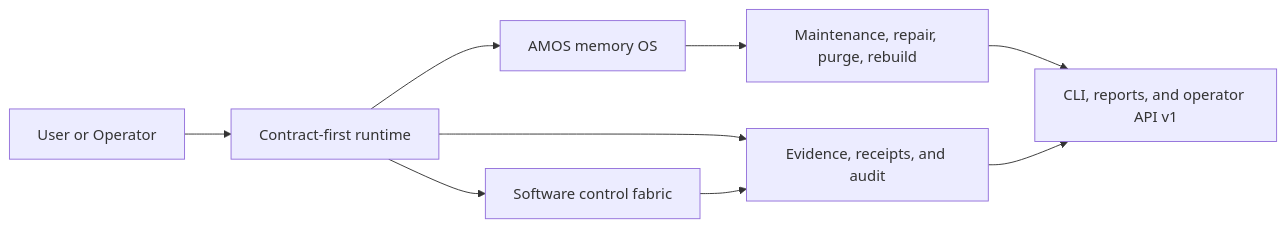
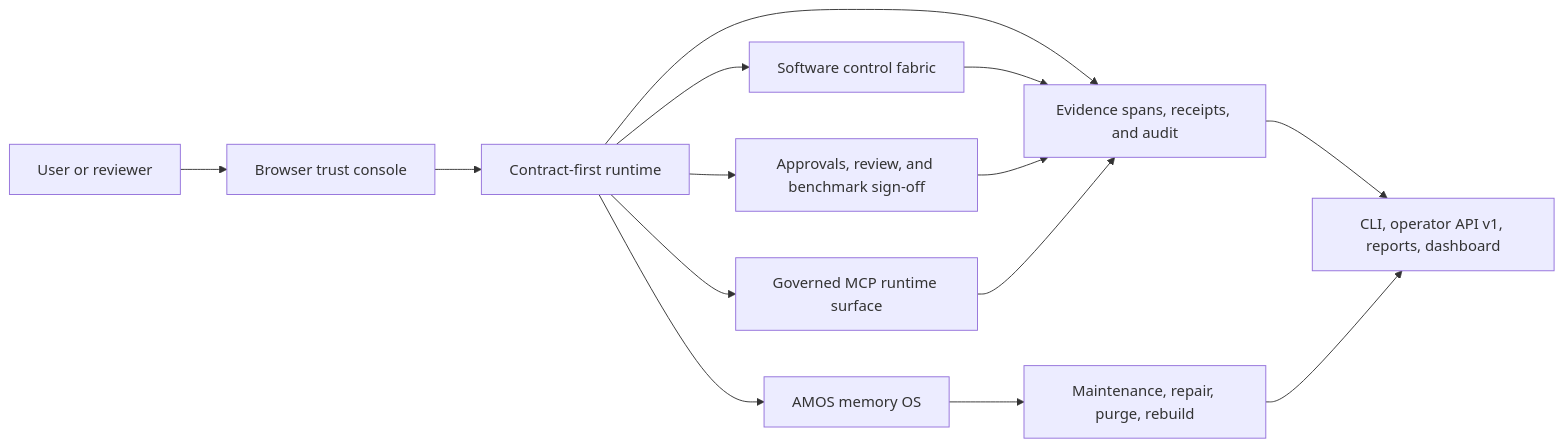
Before and after one commit to wuls968/contract-evidence-os: the diagram in README.md, drawn with Mermaid. The commit also changed other lines of this file and 4 other files, not shown here.

````diff
--- a/README.md
+++ b/README.md
@@ -75,11 +110,16 @@
 ```mermaid
 flowchart LR
-    User["User or Operator"] --> Contract["Contract-first runtime"]
-    Contract --> Evidence["Evidence, receipts, and audit"]
-    Contract --> Memory["AMOS memory OS"]
-    Contract --> Software["Software control fabric"]
+    User["User or reviewer"] --> Console["Browser trust console"]
+    Console --> Runtime["Contract-first runtime"]
+    Runtime --> Evidence["Evidence spans, receipts, and audit"]
+    Runtime --> Memory["AMOS memory OS"]
+    Runtime --> Software["Software control fabric"]
+    Runtime --> Review["Approvals, review, and benchmark sign-off"]
+    Runtime --> MCP["Governed MCP runtime surface"]
     Memory --> Maintenance["Maintenance, repair, purge, rebuild"]
+    Evidence --> Reports["CLI, operator API v1, reports, dashboard"]
     Software --> Evidence
-    Maintenance --> Reports["CLI, reports, and operator API v1"]
-    Evidence --> Reports
+    Review --> Evidence
+    MCP --> Evidence
+    Maintenance --> Reports
 ```
````
